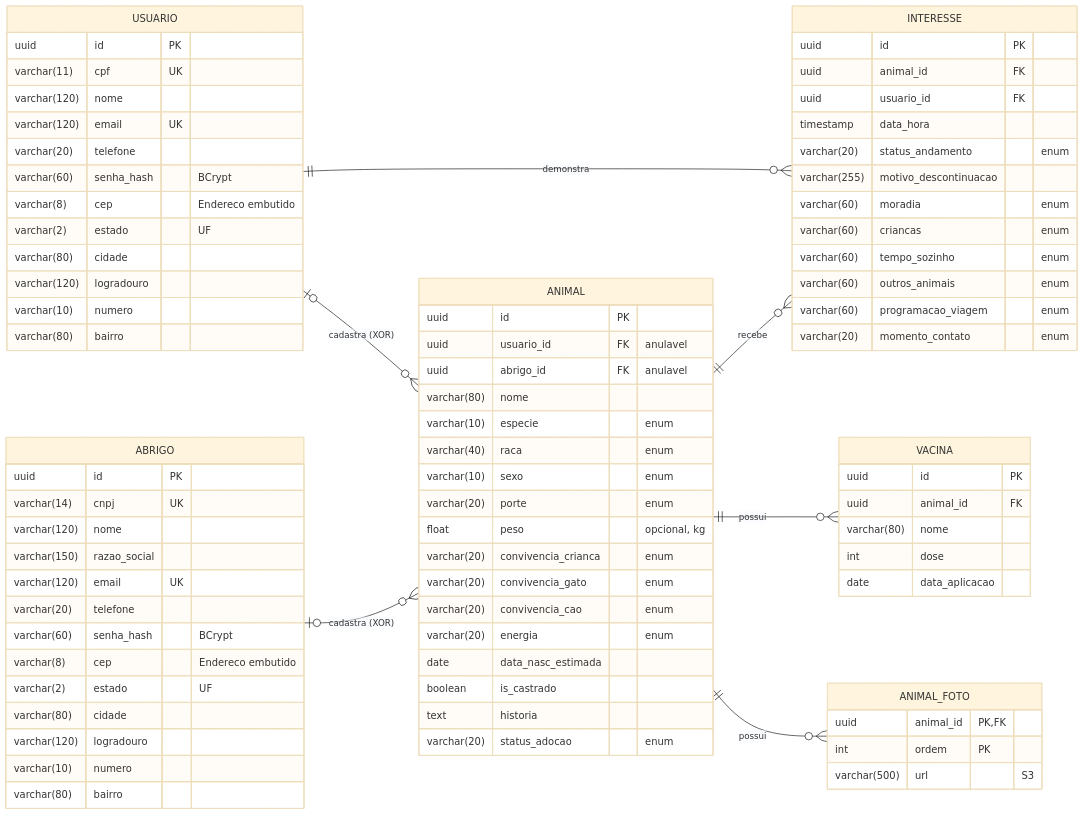
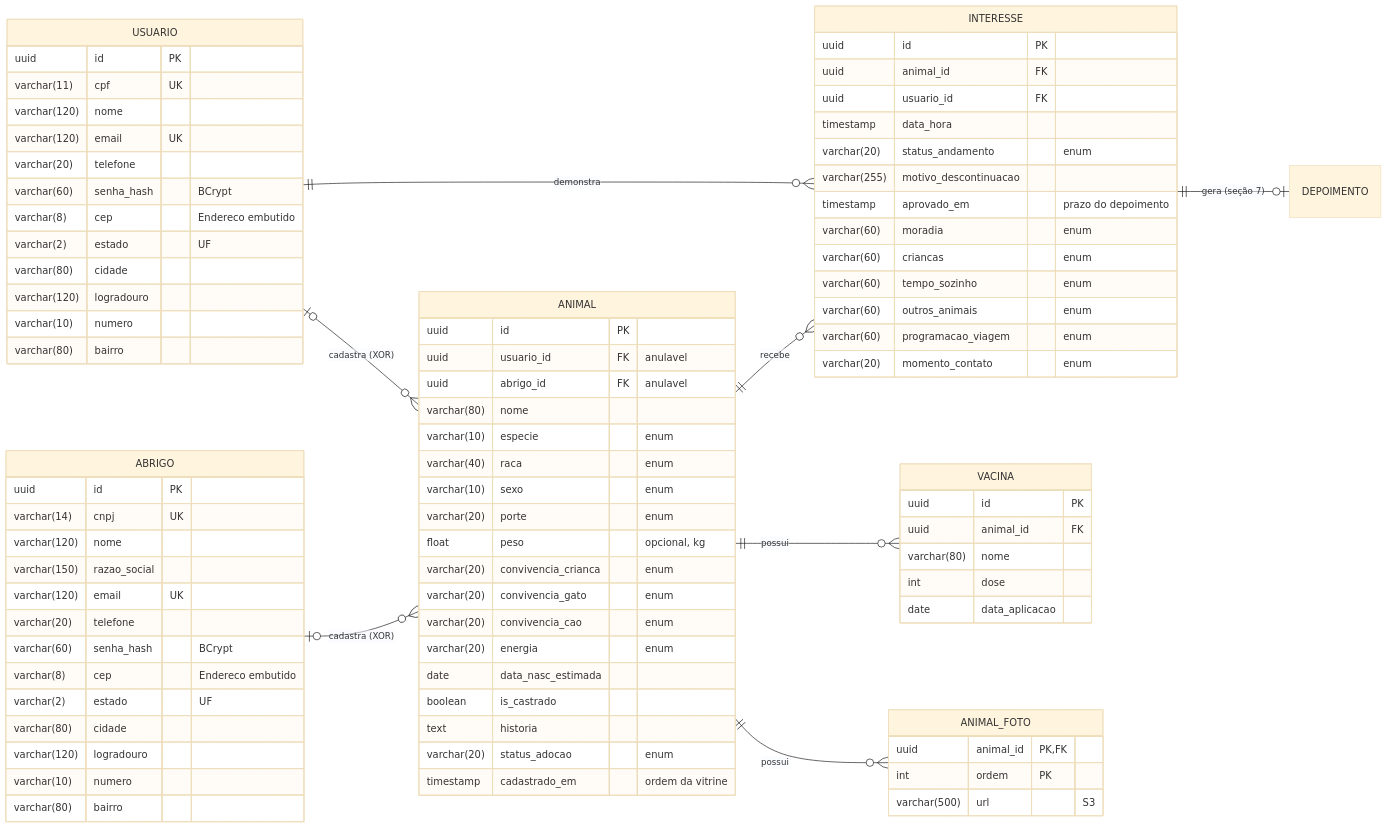
One commit to HayrineQueirozdeLima/Adota-Aqui changed the first of 5 diagrams in docs/diagramas/diagramas-adota-aqui.md. Above: the diagram before and after it, drawn with Mermaid (base theme). The commit also changed other lines of this file and 41 other files, not shown here.

```diff
--- a/docs/diagramas/diagramas-adota-aqui.md
+++ b/docs/diagramas/diagramas-adota-aqui.md
@@ -88,6 +88,7 @@
     ANIMAL ||--o{ INTERESSE : "recebe"
     ANIMAL ||--o{ VACINA : "possui"
     ANIMAL ||--o{ ANIMAL_FOTO : "possui"
+    INTERESSE ||--o| DEPOIMENTO : "gera (seção 7)"
 
     USUARIO {
         uuid id PK
@@ -138,6 +139,7 @@
         boolean is_castrado
         text historia
         varchar(20) status_adocao "enum"
+        timestamp cadastrado_em "ordem da vitrine"
     }
 
     ANIMAL_FOTO {
@@ -161,6 +163,7 @@
         timestamp data_hora
         varchar(20) status_andamento "enum"
         varchar(255) motivo_descontinuacao
+        timestamp aprovado_em "prazo do depoimento"
         varchar(60) moradia "enum"
         varchar(60) criancas "enum"
         varchar(60) tempo_sozinho "enum"
```
